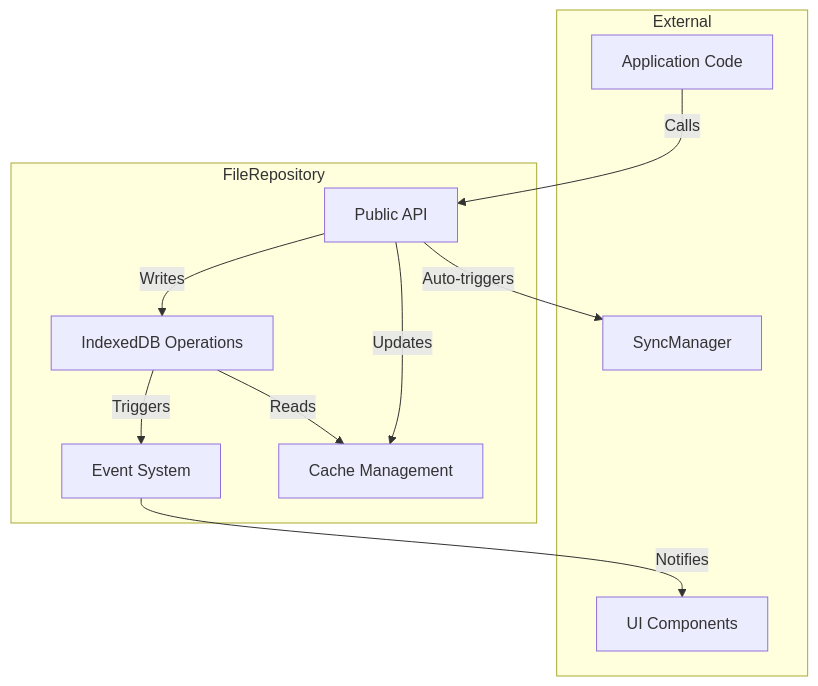
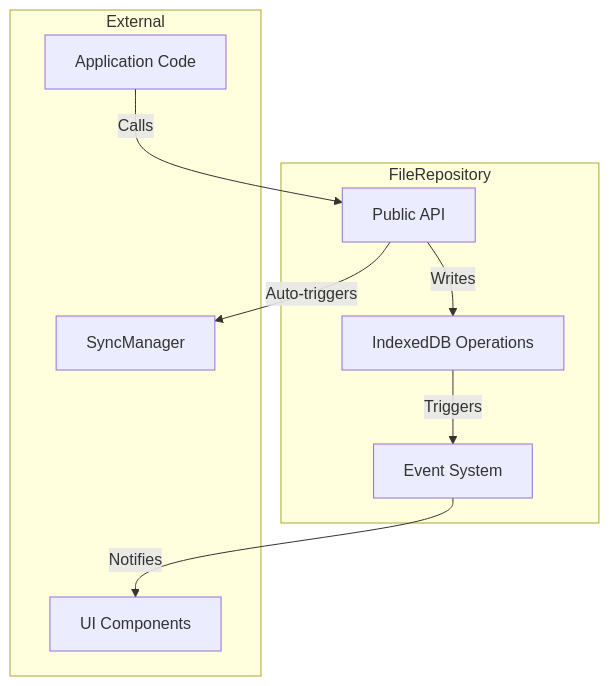
One commit to Stasshe/Pyxis-CodeCanvas changed the second of 30 diagrams in docs/CORE-ENGINE.md. Above: the diagram before and after it, drawn with Mermaid. The commit also changed other lines of this file and 3 other files, not shown here.

````diff
--- a/docs/CORE-ENGINE.md
+++ b/docs/CORE-ENGINE.md
@@ -58,24 +58,20 @@
 ```mermaid
 graph TB
     subgraph FileRepository
         A[Public API]
         B[Event System]
         C[IndexedDB Operations]
-        D[Cache Management]
     end
     
     subgraph External
         E[Application Code]
         F[SyncManager]
         G[UI Components]
     end
     
     E -->|Calls| A
     A -->|Writes| C
     C -->|Triggers| B
     B -->|Notifies| G
     A -->|Auto-triggers| F
-    
-    A -->|Updates| D
-    C -->|Reads| D
 ```
````
